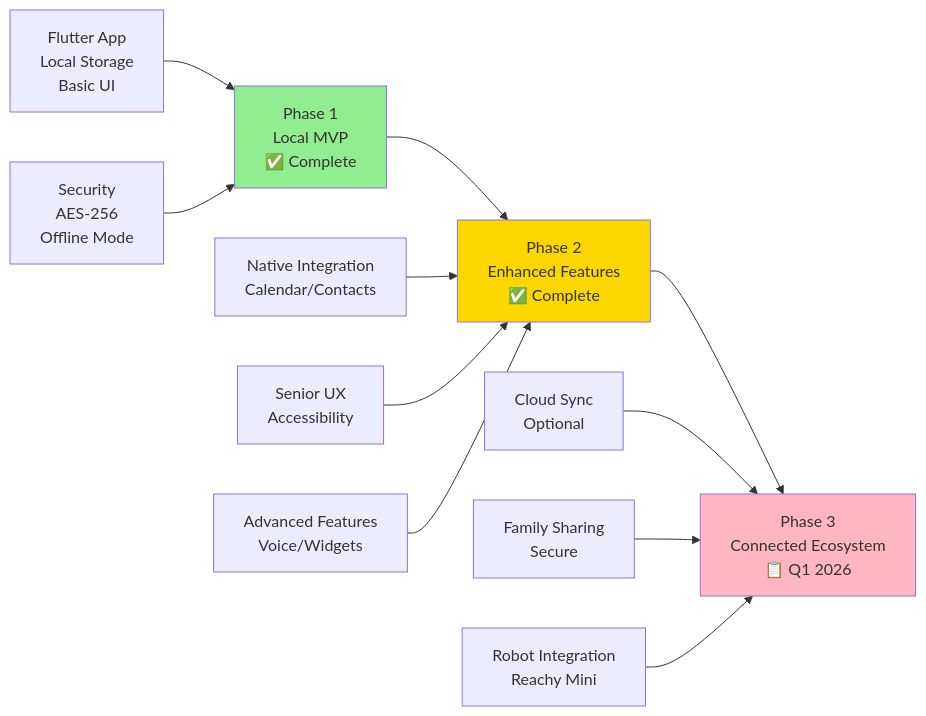
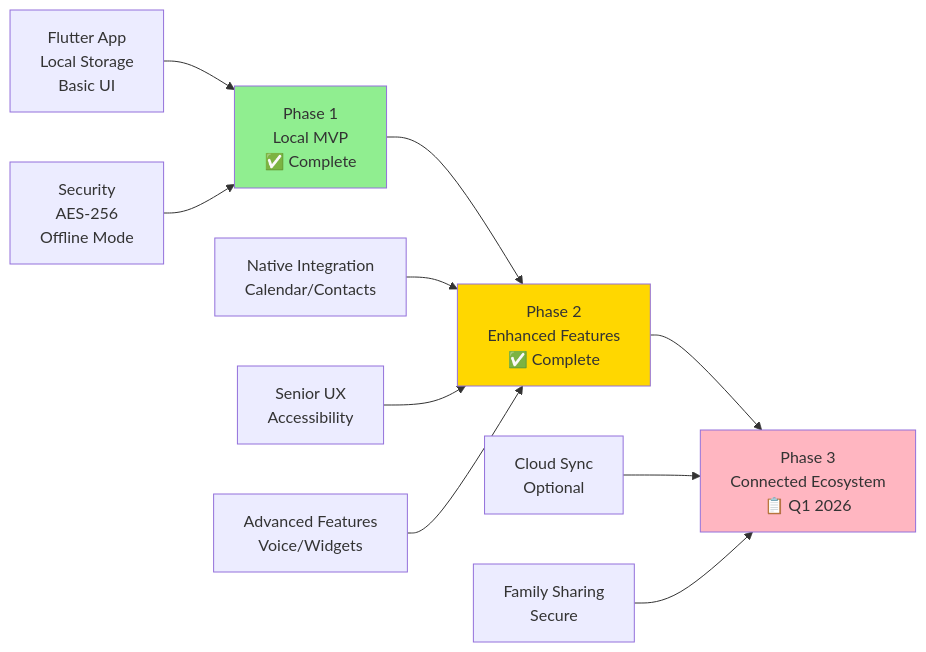
One commit to arkalia-luna-system/arkalia-cia changed the second of 3 diagrams in README.md. Above: the diagram before and after it, drawn with Mermaid. The commit also changed other lines of this file and 13 other files, not shown here.

````diff
--- a/README.md
+++ b/README.md
@@ -452,20 +451,19 @@
 ```mermaid
 graph LR
     A[Phase 1<br/>Local MVP<br/>✅ Complete] --> B[Phase 2<br/>Enhanced Features<br/>✅ Complete]
     B --> C[Phase 3<br/>Connected Ecosystem<br/>📋 Q1 2026]
 
     A1[Flutter App<br/>Local Storage<br/>Basic UI] --> A
     A2[Security<br/>AES-256<br/>Offline Mode] --> A
 
     B1[Native Integration<br/>Calendar/Contacts] --> B
     B2[Senior UX<br/>Accessibility] --> B
     B3[Advanced Features<br/>Voice/Widgets] --> B
 
     C1[Cloud Sync<br/>Optional] --> C
     C2[Family Sharing<br/>Secure] --> C
-    C3[Robot Integration<br/>Reachy Mini] --> C
 
     style A fill:#90EE90
     style B fill:#FFD700
     style C fill:#FFB6C1
 ```
````
